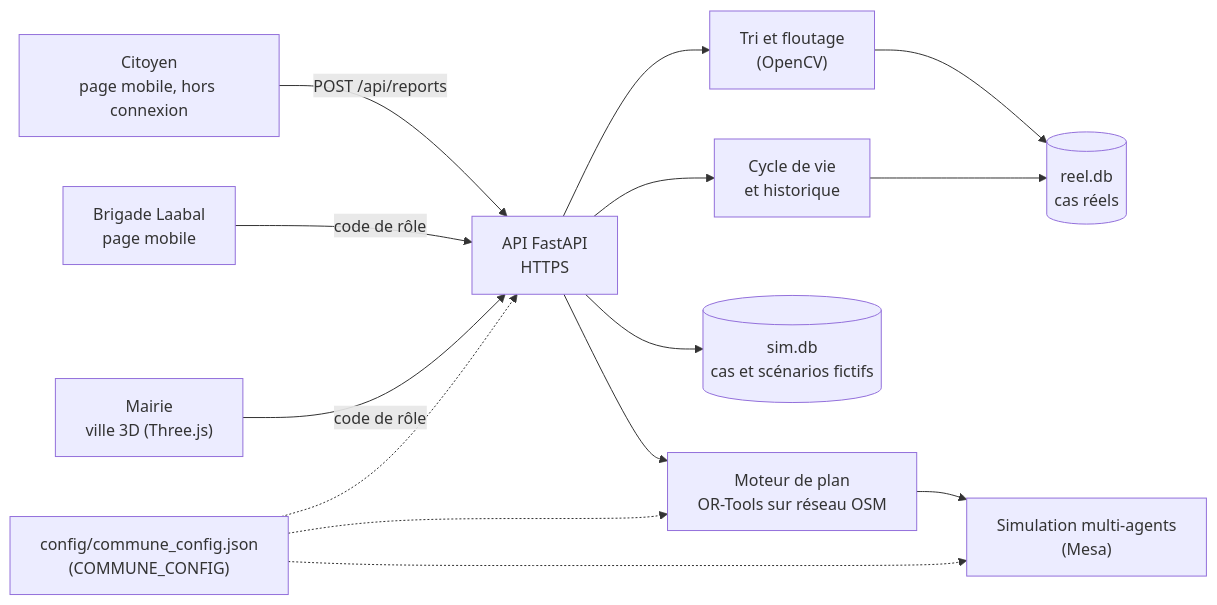
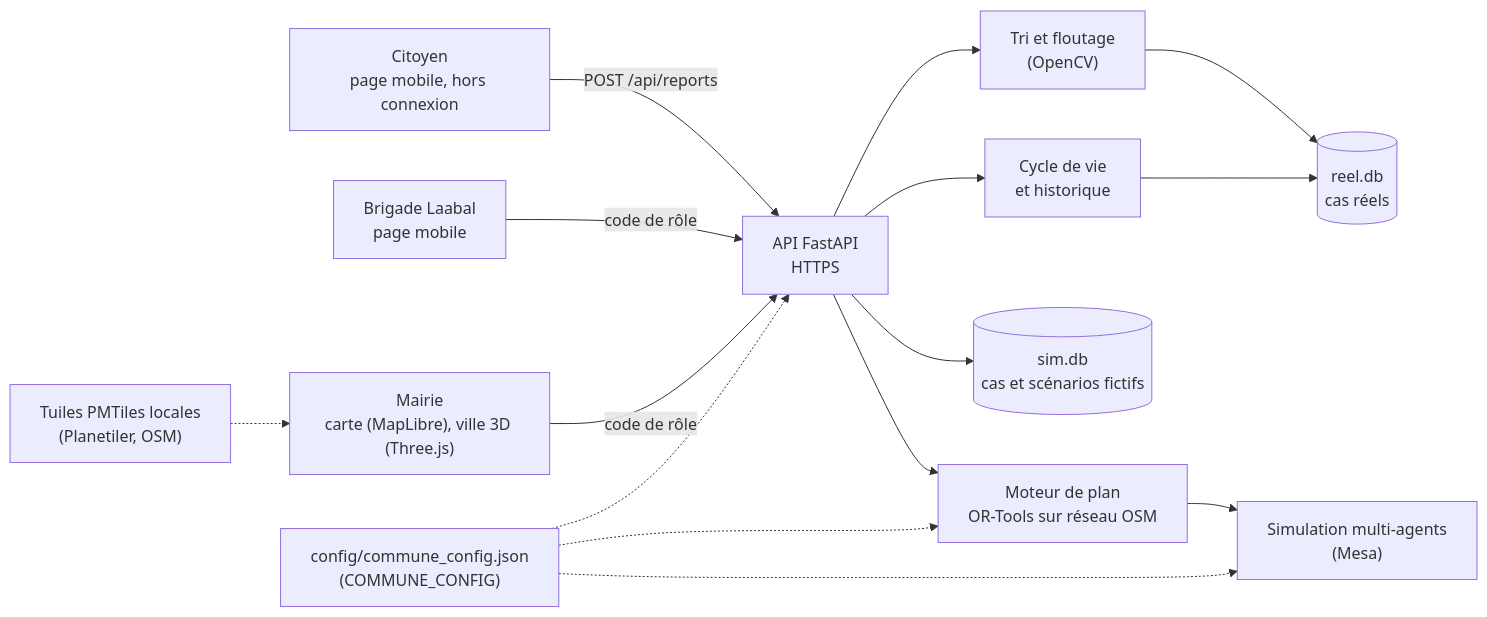
The second of 2 diagrams in README.md (christelle-dehoumon/ouaga-clean), drawn with Mermaid before and after one commit. The commit also changed other lines of this file and 51 other files, not shown here.

````diff
--- a/README.md
+++ b/README.md
@@ -130,16 +145,17 @@
 ```mermaid
 flowchart LR
     CIT["Citoyen<br/>page mobile, hors connexion"] -->|"POST /api/reports"| API
     BRI["Brigade Laabal<br/>page mobile"] -->|"code de rôle"| API
-    MAI["Mairie<br/>ville 3D (Three.js)"] -->|"code de rôle"| API
+    MAI["Mairie<br/>carte (MapLibre), ville 3D (Three.js)"] -->|"code de rôle"| API
+    TUI["Tuiles PMTiles locales<br/>(Planetiler, OSM)"] -.-> MAI
     API["API FastAPI<br/>HTTPS"] --> TRI["Tri et floutage<br/>(OpenCV)"]
     API --> CYC["Cycle de vie<br/>et historique"]
     TRI --> REEL[("reel.db<br/>cas réels")]
     CYC --> REEL
     API --> SIMDB[("sim.db<br/>cas et scénarios fictifs")]
     API --> OPT["Moteur de plan<br/>OR-Tools sur réseau OSM"]
     OPT --> MESA["Simulation multi-agents<br/>(Mesa)"]
     CONF["config/commune_config.json<br/>(COMMUNE_CONFIG)"] -.-> API
     CONF -.-> OPT
     CONF -.-> MESA
 ```
````
